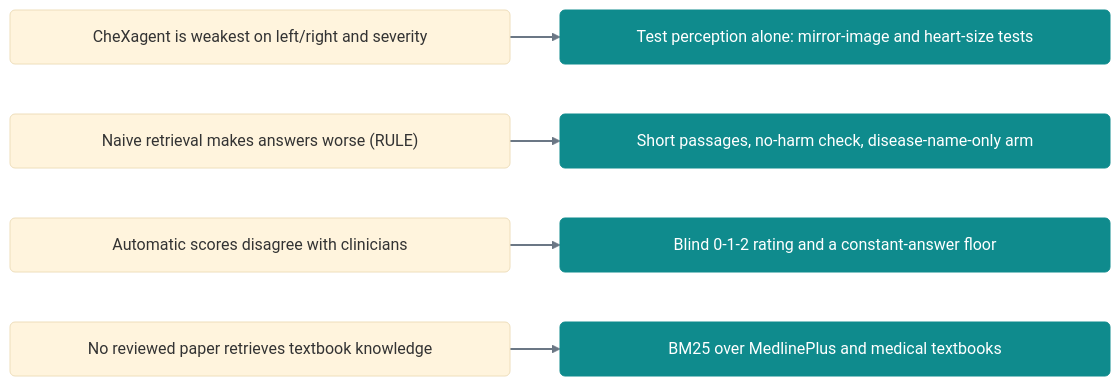
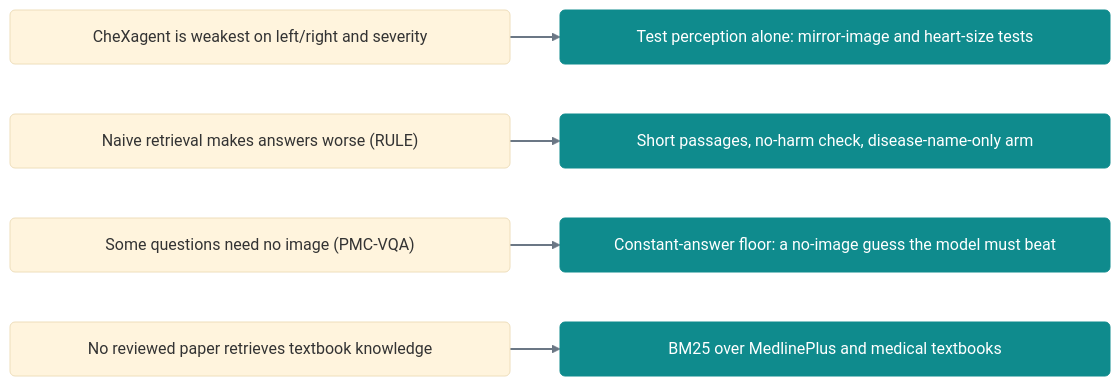
Before and after one commit to Ankritjarngal/medvqa-cxr-chexagent: the diagram in deliverables/diagrams/fig_gaps_to_plan.mmd, drawn with Mermaid (base theme). The commit also changed 8 other files, not shown here.

Commit message:
Slide 5 and report: replace the clinician-rating row with the PMC-VQA / constant-answer-floor decision

```diff
--- a/deliverables/diagrams/fig_gaps_to_plan.mmd
+++ b/deliverables/diagrams/fig_gaps_to_plan.mmd
@@ -1,13 +1,13 @@
 flowchart LR
   A1("<div style='width:470px'>CheXagent is weakest on left/right and severity</div>") --> B1("<div style='width:520px'>Test perception alone: mirror-image and heart-size tests</div>"):::accent
   A2("<div style='width:470px'>Naive retrieval makes answers worse (RULE)</div>") --> B2("<div style='width:520px'>Short passages, no-harm check, disease-name-only arm</div>"):::accent
-  A3("<div style='width:470px'>Automatic scores disagree with clinicians</div>") --> B3("<div style='width:520px'>Blind 0-1-2 rating and a constant-answer floor</div>"):::accent
+  A3("<div style='width:470px'>Some questions need no image (PMC-VQA)</div>") --> B3("<div style='width:520px'>Constant-answer floor: a no-image guess the model must beat</div>"):::accent
   A4("<div style='width:470px'>No reviewed paper retrieves textbook knowledge</div>") --> B4("<div style='width:520px'>BM25 over MedlinePlus and medical textbooks</div>"):::accent
   linkStyle default stroke:#6B7785,stroke-width:2px
 classDef accent fill:#0F8B8D,stroke:#0F8B8D,color:#FFFFFF;
 classDef dark fill:#1F2933,stroke:#1F2933,color:#FFFFFF;
 classDef soft fill:#F2F5F7,stroke:#F2F5F7,color:#1F2933;
 classDef warn fill:#E4572E,stroke:#E4572E,color:#FFFFFF;
 classDef ok fill:#2E8B57,stroke:#2E8B57,color:#FFFFFF;
 classDef amber fill:#E9A23B,stroke:#E9A23B,color:#1F2933;
 classDef grey fill:#E5E9ED,stroke:#E5E9ED,color:#6B7785;
```
